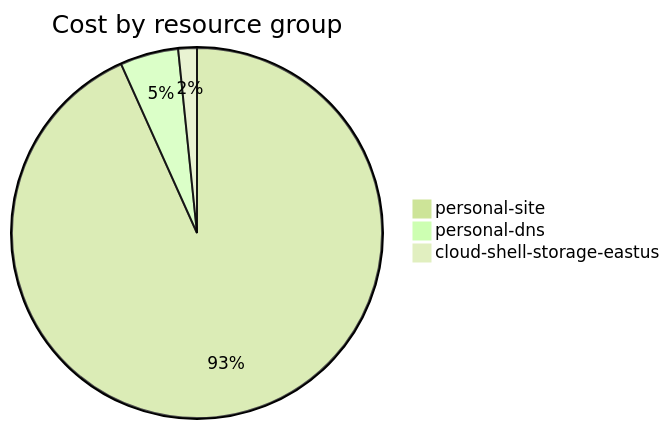
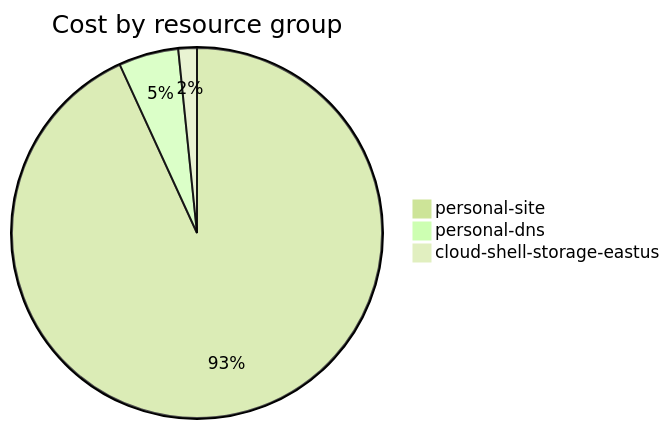
One commit to jpfulton/azure-personal-reports changed the fourth of 4 diagrams in cost-reports/accumulated-cost.md. Above: the diagram before and after it, drawn with Mermaid (forest theme). The commit also changed other lines of this file and 4 other files, not shown here.

````diff
--- a/cost-reports/accumulated-cost.md
+++ b/cost-reports/accumulated-cost.md
@@ -141,7 +141,7 @@
 ```mermaid
 pie
    title Cost by resource group
-   "personal-site" : 4.58
-   "personal-dns" : 0.25
-   "cloud-shell-storage-eastus" : 0.08
+   "personal-site" : 5.17
+   "personal-dns" : 0.29
+   "cloud-shell-storage-eastus" : 0.09
 ```
````
